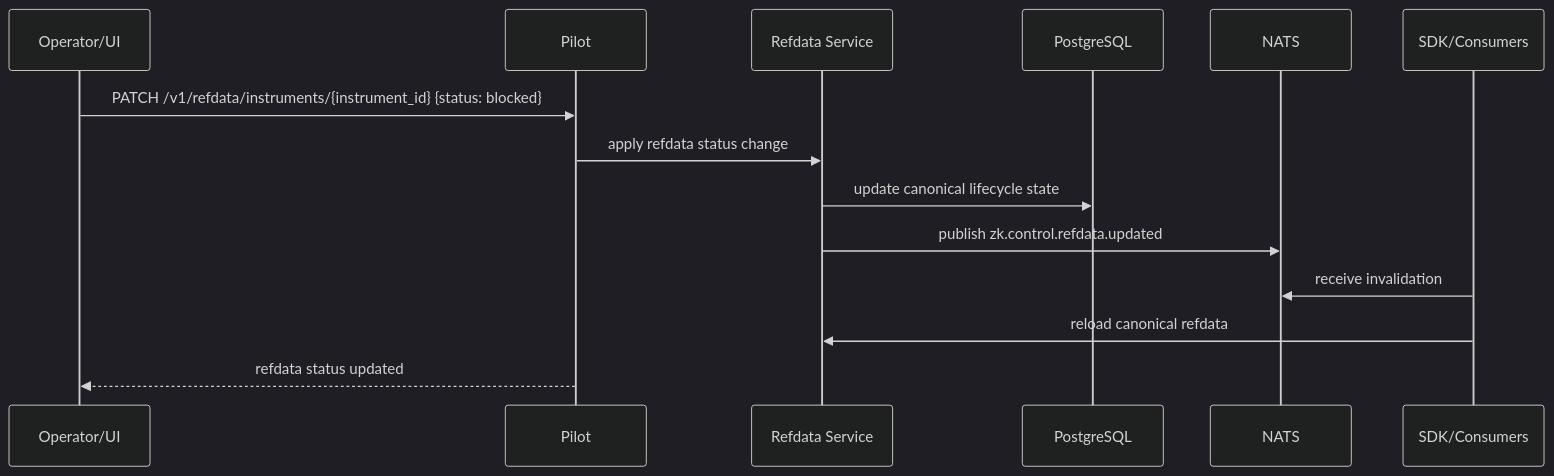
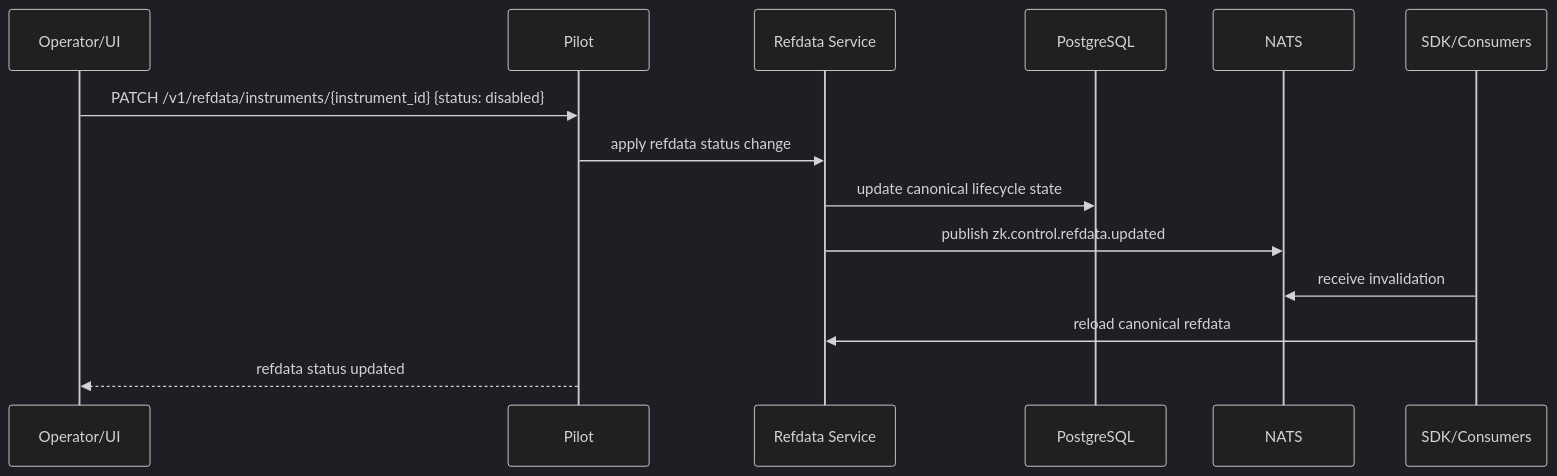
The sixth of 6 diagrams in docs/system-arch/services/pilot_service.md (soyvv/zkbot), drawn with Mermaid (dark theme) before and after one commit. The commit also changed other lines of this file and 10 other files, not shown here.

````diff
--- a/docs/system-arch/services/pilot_service.md
+++ b/docs/system-arch/services/pilot_service.md
@@ -650,17 +1373,17 @@
 ```mermaid
 sequenceDiagram
     participant U as Operator/UI
     participant P as Pilot
     participant Ref as Refdata Service
     participant DB as PostgreSQL
     participant N as NATS
     participant C as SDK/Consumers
 
-    U->>P: PATCH /v1/refdata/instruments/{instrument_id} {status: blocked}
+    U->>P: PATCH /v1/refdata/instruments/{instrument_id} {status: disabled}
     P->>Ref: apply refdata status change
     Ref->>DB: update canonical lifecycle state
     Ref->>N: publish zk.control.refdata.updated
     C->>N: receive invalidation
     C->>Ref: reload canonical refdata
     P-->>U: refdata status updated
 ```
````
